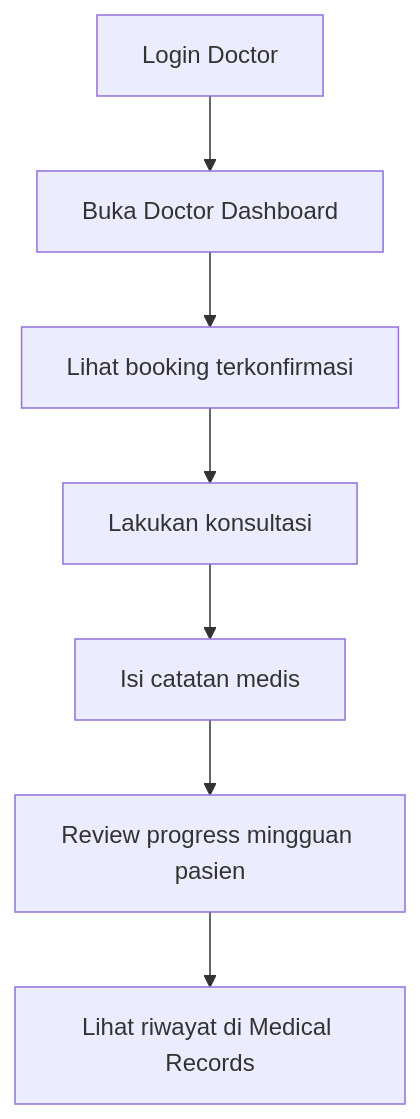
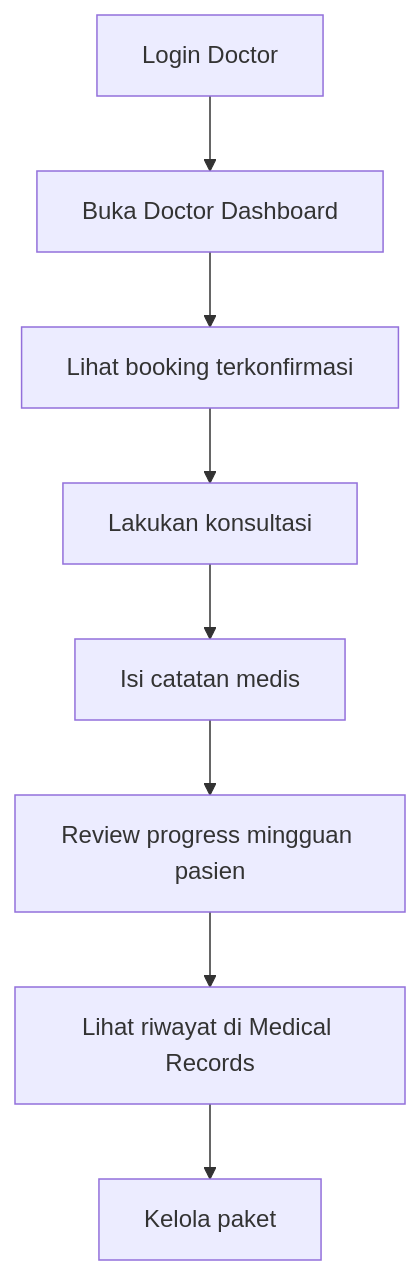
One commit to ranggacaw/more_apps changed the third of 4 diagrams in docs/cara_menggunakan_aplikasi.md. Above: the diagram before and after it, drawn with Mermaid. The commit also changed other lines of this file and 22 other files, not shown here.

````diff
--- a/docs/cara_menggunakan_aplikasi.md
+++ b/docs/cara_menggunakan_aplikasi.md
@@ -95,9 +96,10 @@
 ```mermaid
 flowchart TD
     A[Login Doctor] --> B[Buka Doctor Dashboard]
     B --> C[Lihat booking terkonfirmasi]
     C --> D[Lakukan konsultasi]
     D --> E[Isi catatan medis]
     E --> F[Review progress mingguan pasien]
     F --> G[Lihat riwayat di Medical Records]
+    G --> H[Kelola paket]
 ```
````
